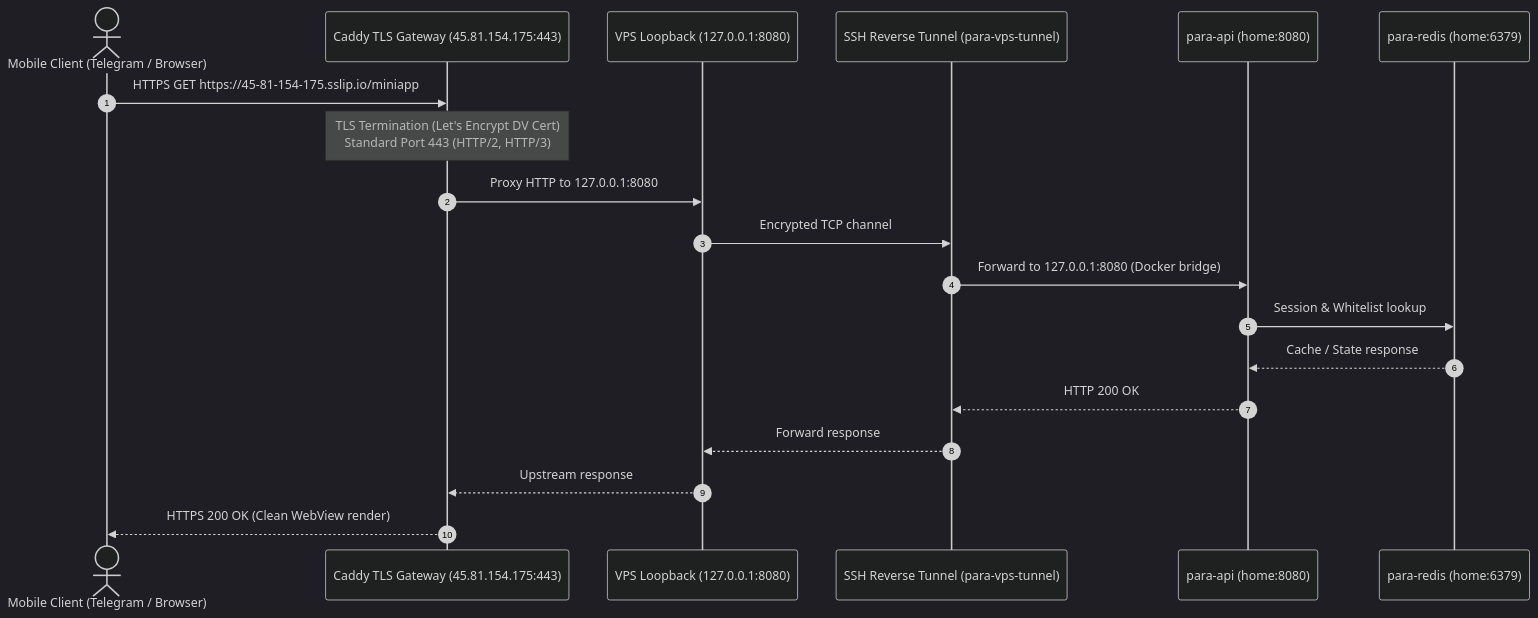
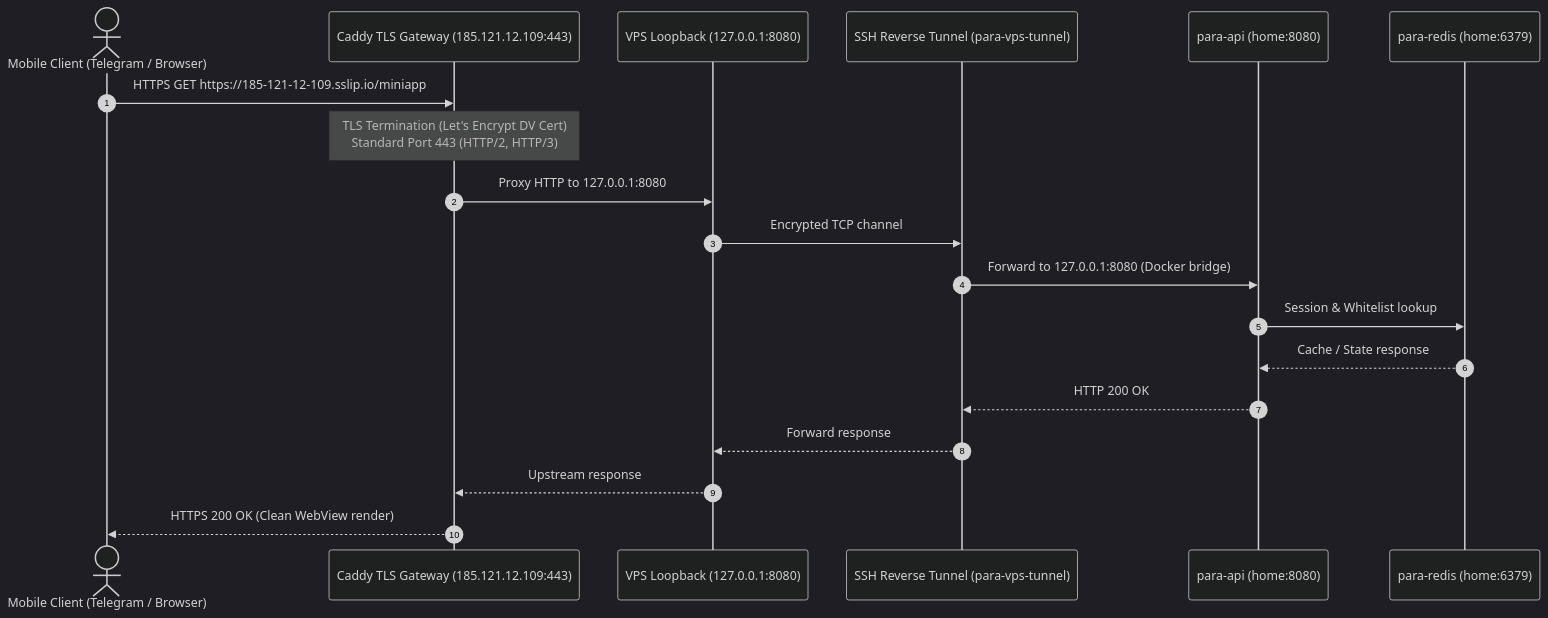
Diagram 29 of 51 in docs/UML.md (Utkautka1/para), drawn with Mermaid (dark theme) before and after one commit. The commit also changed other lines of this file, not shown here.

Commit message:
docs(deploy): move public HTTPS gateway from blocked vpn2 to claude (185.121.12.109)

````diff
--- a/docs/UML.md
+++ b/docs/UML.md
@@ -2198,22 +2198,22 @@
 ```mermaid
 sequenceDiagram
     autonumber
     actor Client as Mobile Client (Telegram / Browser)
-    participant Caddy as Caddy TLS Gateway (45.81.154.175:443)
+    participant Caddy as Caddy TLS Gateway (185.121.12.109:443)
     participant VpsLocal as VPS Loopback (127.0.0.1:8080)
     participant SshTunnel as SSH Reverse Tunnel (para-vps-tunnel)
     participant HomeApi as para-api (home:8080)
     participant Redis as para-redis (home:6379)
 
-    Client->>Caddy: HTTPS GET https://45-81-154-175.sslip.io/miniapp
+    Client->>Caddy: HTTPS GET https://185-121-12-109.sslip.io/miniapp
     Note over Caddy: TLS Termination (Let's Encrypt DV Cert)<br/>Standard Port 443 (HTTP/2, HTTP/3)
     Caddy->>VpsLocal: Proxy HTTP to 127.0.0.1:8080
     VpsLocal->>SshTunnel: Encrypted TCP channel
     SshTunnel->>HomeApi: Forward to 127.0.0.1:8080 (Docker bridge)
     HomeApi->>Redis: Session & Whitelist lookup
     Redis-->>HomeApi: Cache / State response
     HomeApi-->>SshTunnel: HTTP 200 OK
     SshTunnel-->>VpsLocal: Forward response
     VpsLocal-->>Caddy: Upstream response
     Caddy-->>Client: HTTPS 200 OK (Clean WebView render)
 ```
````
